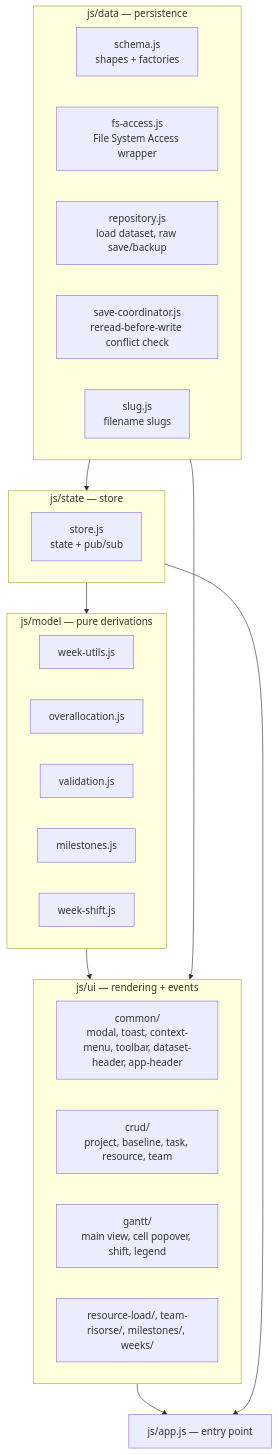
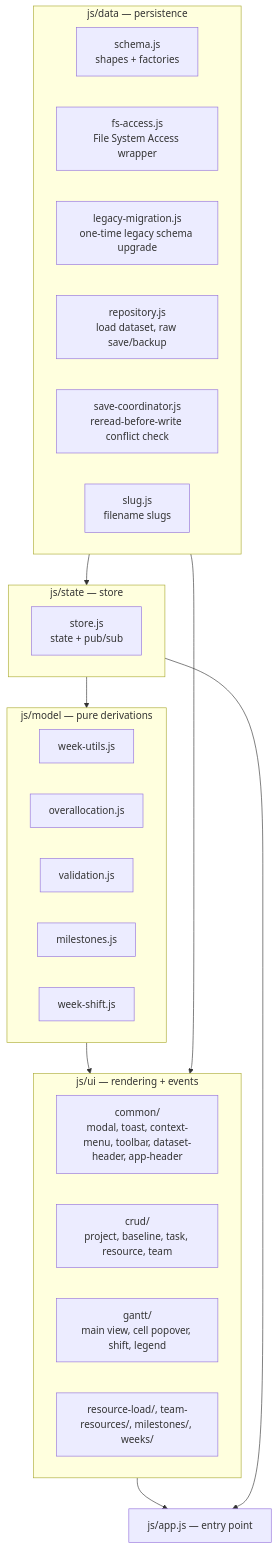
Before and after one commit to alexscarcella/Weavo: the first of 2 diagrams in docs/architecture.md, drawn with Mermaid. The commit also changed other lines of this file and 58 other files, not shown here.

````diff
--- a/docs/architecture.md
+++ b/docs/architecture.md
@@ -31,34 +31,35 @@
 ```mermaid
 flowchart TB
     subgraph data["js/data — persistence"]
         schema["schema.js\nshapes + factories"]
         fsaccess["fs-access.js\nFile System Access wrapper"]
+        legacymig["legacy-migration.js\none-time legacy schema upgrade"]
         repository["repository.js\nload dataset, raw save/backup"]
         savecoord["save-coordinator.js\nreread-before-write conflict check"]
         slug["slug.js\nfilename slugs"]
     end
     subgraph state["js/state — store"]
         store["store.js\nstate + pub/sub"]
     end
     subgraph model["js/model — pure derivations"]
         weekutils["week-utils.js"]
         overalloc["overallocation.js"]
         validation["validation.js"]
         milestones["milestones.js"]
         weekshift["week-shift.js"]
     end
     subgraph ui["js/ui — rendering + events"]
         common["common/\nmodal, toast, context-menu, toolbar, dataset-header, app-header"]
         crud["crud/\nproject, baseline, task, resource, team"]
         gantt["gantt/\nmain view, cell popover, shift, legend"]
-        other["resource-load/, team-risorse/, milestones/, weeks/"]
+        other["resource-load/, team-resources/, milestones/, weeks/"]
     end
     app["js/app.js — entry point"]
 
     data --> state
     state --> model
     model --> ui
     data --> ui
     ui --> app
     state --> app
 ```
````
